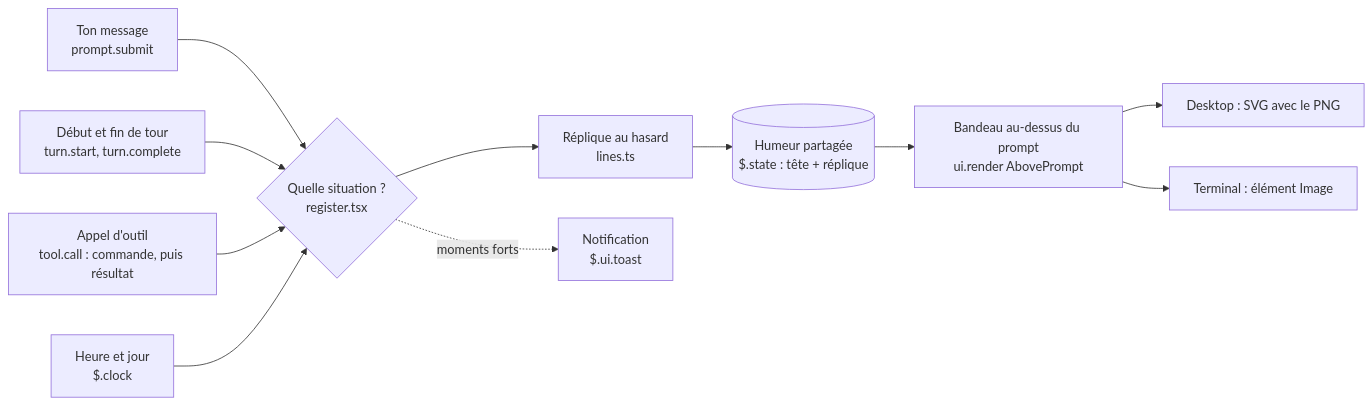
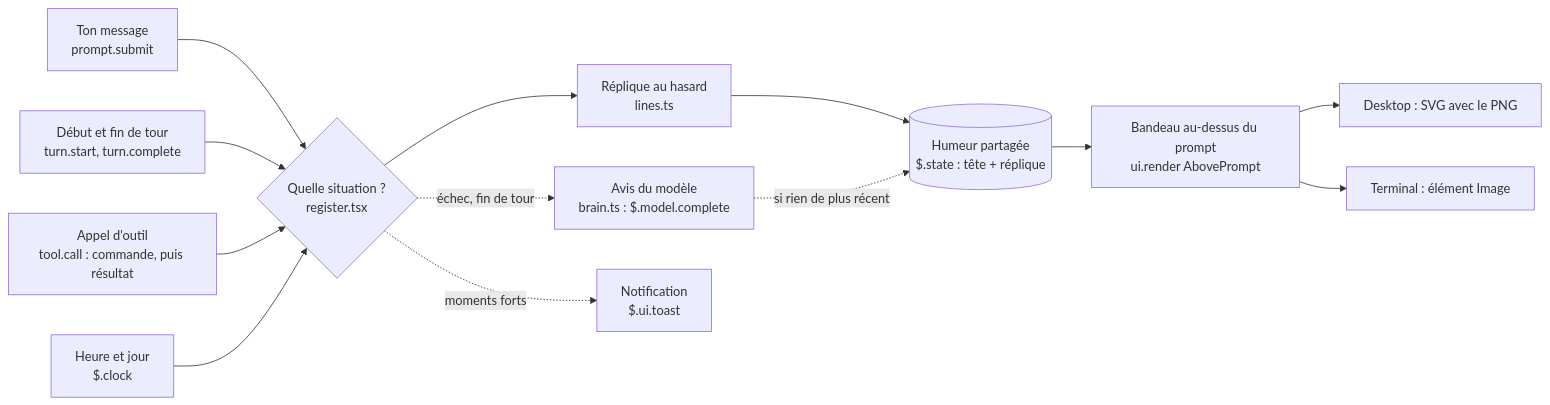
One commit to yluom/guiks-o-metre changed the diagram in README.md. Above: the diagram before and after it, drawn with Mermaid. The commit also changed other lines of this file and 4 other files, not shown here.

Commit message:
L'avis de Guiks par un modèle : explication des échecs et avis de fin de tour

````diff
--- a/README.md
+++ b/README.md
@@ -75,13 +92,15 @@
 ```mermaid
 flowchart LR
   P["Ton message<br/>prompt.submit"] --> C
   T["Début et fin de tour<br/>turn.start, turn.complete"] --> C
   O["Appel d'outil<br/>tool.call : commande, puis résultat"] --> C
   H["Heure et jour<br/>$.clock"] --> C
   C{"Quelle situation ?<br/>register.tsx"} --> L["Réplique au hasard<br/>lines.ts"]
   L --> S[("Humeur partagée<br/>$.state : tête + réplique")]
+  C -. "échec, fin de tour" .-> B["Avis du modèle<br/>brain.ts : $.model.complete"]
+  B -. "si rien de plus récent" .-> S
   C -. moments forts .-> N["Notification<br/>$.ui.toast"]
   S --> R["Bandeau au-dessus du prompt<br/>ui.render AbovePrompt"]
   R --> D["Desktop : SVG avec le PNG"]
   R --> X["Terminal : élément Image"]
 ```
````
